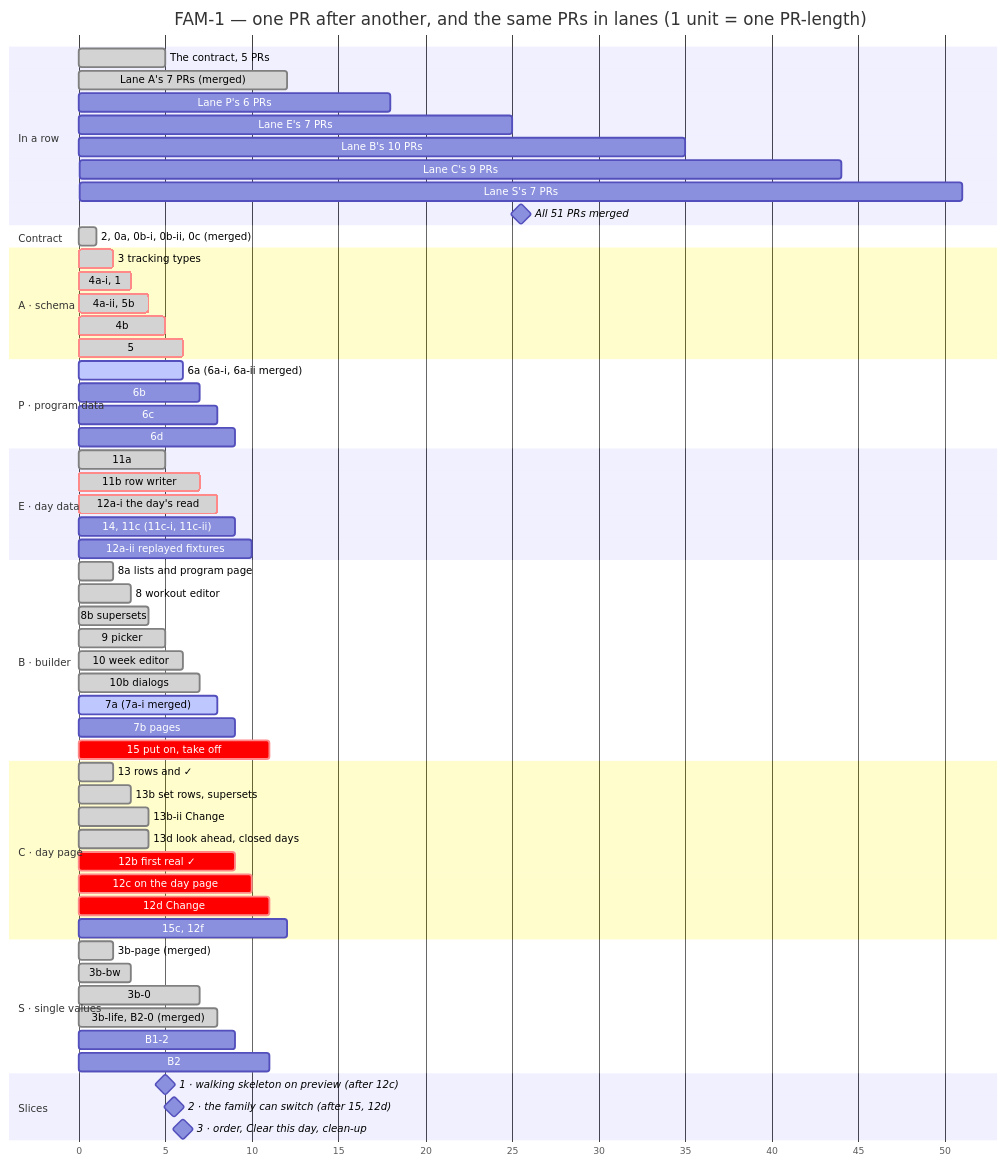
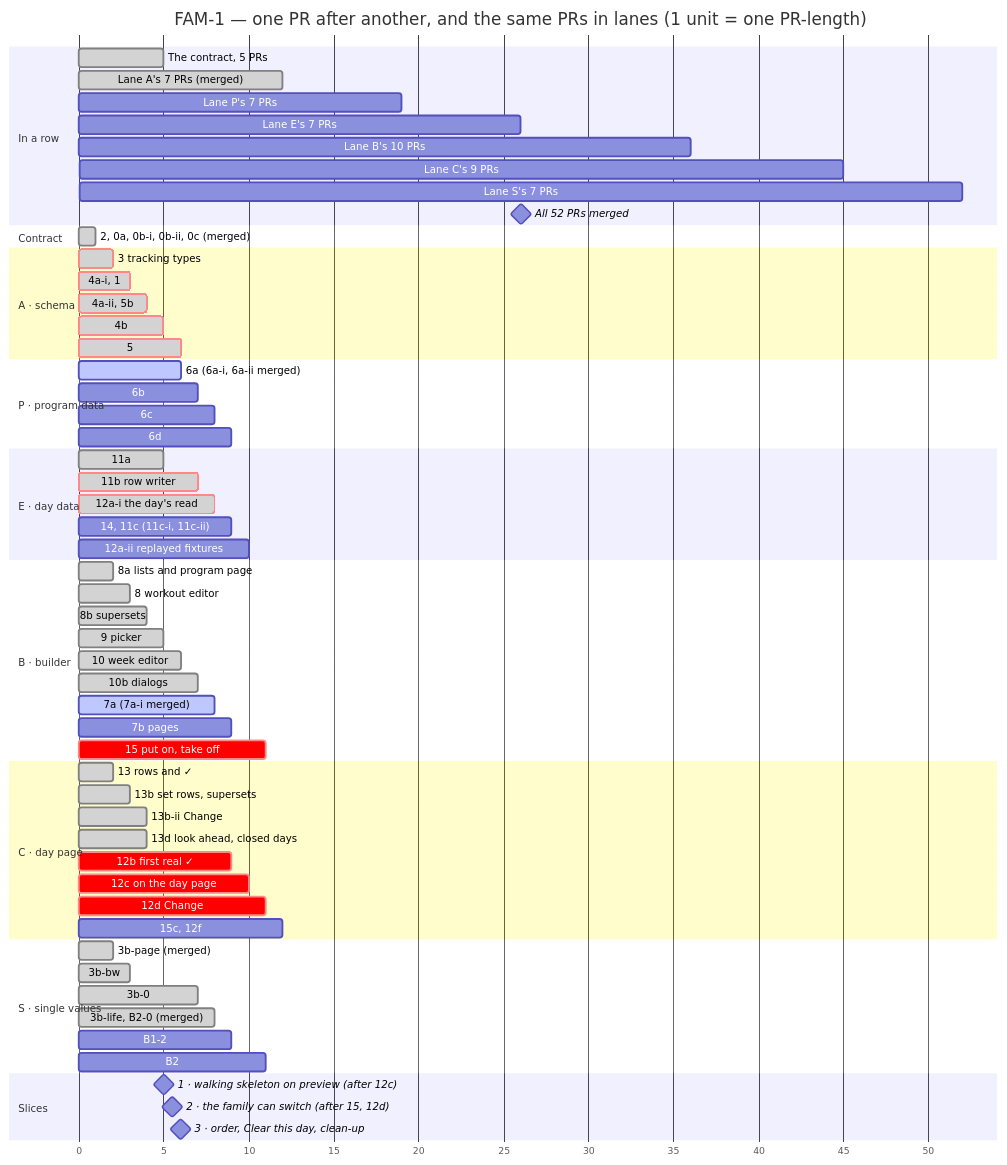
Before and after one commit to ralamode/mat-plan: the second of 2 diagrams in docs/milestones/fam-1-family-program.md, drawn with Mermaid. The commit also changed other lines of this file and 3 other files, not shown here.

````diff
--- a/docs/milestones/fam-1-family-program.md
+++ b/docs/milestones/fam-1-family-program.md
@@ -258,74 +258,74 @@
 ```mermaid
 gantt
   title FAM-1 — one PR after another, and the same PRs in lanes (1 unit = one PR-length)
   dateFormat X
   axisFormat %s
   todayMarker off
 
   section In a row
   The contract, 5 PRs          :done, r0, 0, 5
   Lane A's 7 PRs (merged)      :done, r1, 5, 12
-  Lane P's 6 PRs               :r2, 12, 18
-  Lane E's 7 PRs               :r3, 18, 25
-  Lane B's 10 PRs              :r4, 25, 35
-  Lane C's 9 PRs               :r5, 35, 44
-  Lane S's 7 PRs               :r6, 44, 51
-  All 51 PRs merged            :milestone, rm, 51, 51
+  Lane P's 7 PRs               :r2, 12, 19
+  Lane E's 7 PRs               :r3, 19, 26
+  Lane B's 10 PRs              :r4, 26, 36
+  Lane C's 9 PRs               :r5, 36, 45
+  Lane S's 7 PRs               :r6, 45, 52
+  All 52 PRs merged            :milestone, rm, 52, 52
 
   section Contract
   2, 0a, 0b-i, 0b-ii, 0c (merged) :done, c0, 0, 1
 
   section A · schema
   3 tracking types             :crit, done, a1, 1, 2
   4a-i, 1                      :crit, done, a2, 2, 3
   4a-ii, 5b                    :crit, done, a3, 3, 4
   4b                           :crit, done, a4, 4, 5
   5                            :crit, done, a5, 5, 6
 
   section P · program data
   6a (6a-i, 6a-ii merged)      :active, p1, 5, 6
   6b                           :p2, 6, 7
   6c                           :p3, 7, 8
   6d                           :p4, 8, 9
 
   section E · day data
   11a                          :done, e1, 4, 5
   11b row writer               :crit, done, e2, 5, 7
   12a-i the day's read         :crit, done, e3, 7, 8
   14, 11c (11c-i, 11c-ii)      :e4, 8, 9
   12a-ii replayed fixtures     :e5, 9, 10
 
   section B · builder
   8a lists and program page    :done, b1, 1, 2
   8 workout editor             :done, b2, 2, 3
   8b supersets                 :done, b3, 3, 4
   9 picker                     :done, b4, 4, 5
   10 week editor               :done, b5, 5, 6
   10b dialogs                  :done, b6, 6, 7
   7a (7a-i merged)             :active, b7, 7, 8
   7b pages                     :b8, 8, 9
   15 put on, take off          :crit, b9, 10, 11
 
   section C · day page
   13 rows and ✓                :done, c1, 1, 2
   13b set rows, supersets      :done, c2, 2, 3
   13b-ii Change                :done, c2b, 3, 4
   13d look ahead, closed days  :done, c3, 3, 4
   12b first real ✓             :crit, c4, 8, 9
   12c on the day page          :crit, c5, 9, 10
   12d Change                   :crit, c6, 10, 11
   15c, 12f                     :c7, 11, 12
 
   section S · single values
   3b-page (merged)             :done, s1, 1, 2
   3b-bw                        :done, s2, 2, 3
   3b-0                         :done, s3, 6, 7
   3b-life, B2-0 (merged)       :done, s4, 7, 8
   B1-2                         :s5, 8, 9
   B2                           :s6, 10, 11
 
   section Slices
   1 · walking skeleton on preview (after 12c) :milestone, m1, 10, 10
   2 · the family can switch (after 15, 12d)   :milestone, m2, 11, 11
   3 · order, Clear this day, clean-up         :milestone, m3, 12, 12
 ```
````
